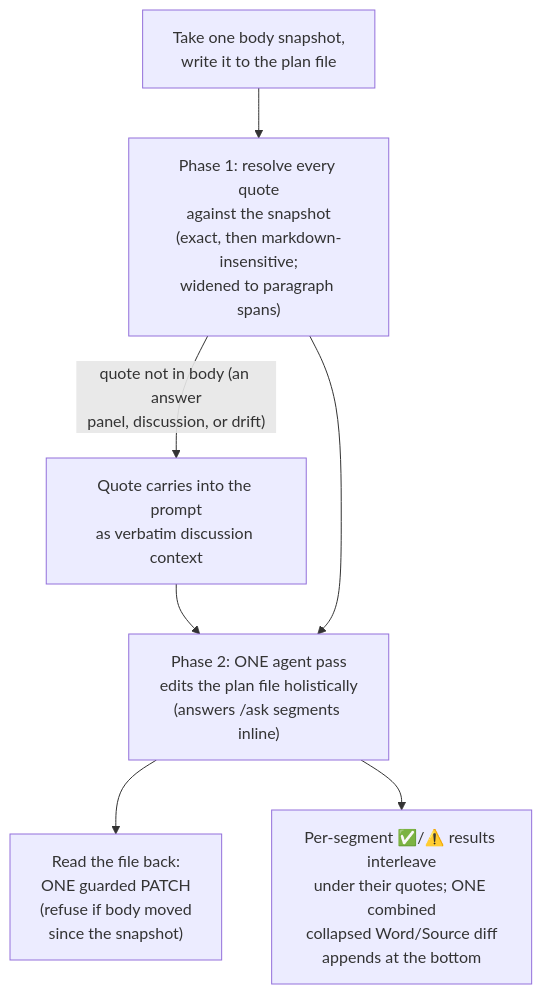
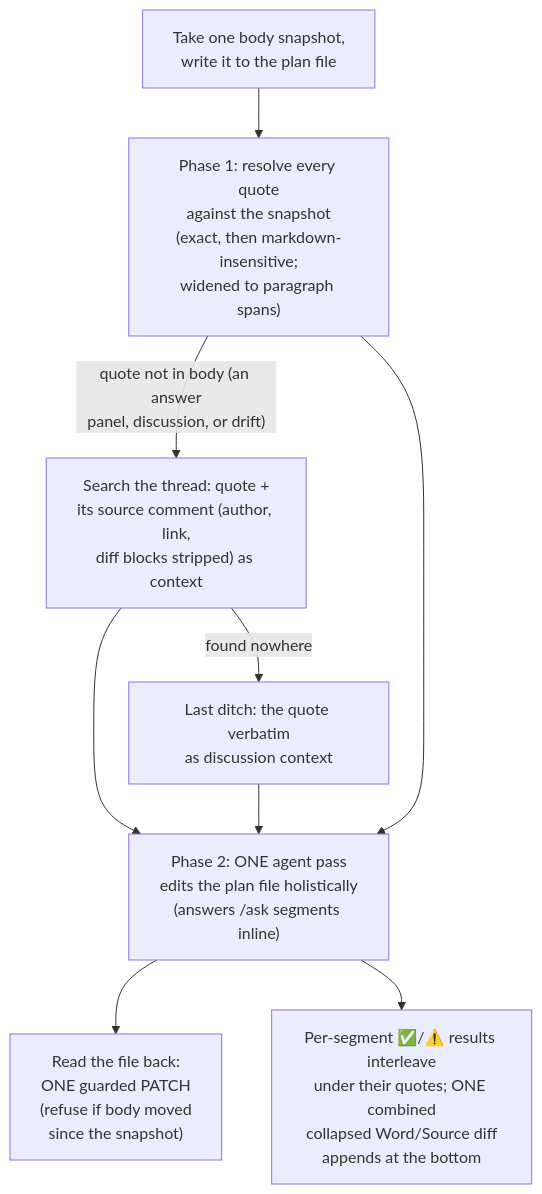
The fourth of 5 diagrams in docs/architecture.md (d3mlabs/ai-flow), drawn with Mermaid before and after one commit. The commit also changed 4 other files, not shown here.

First line of the commit message:
Resolve unmatched quotes to their source comment in the thread

````diff
--- a/docs/architecture.md
+++ b/docs/architecture.md
@@ -151,9 +151,11 @@
 ```mermaid
 flowchart TD
     snapshot["Take one body snapshot,<br/>write it to the plan file"] --> resolve["Phase 1: resolve every quote<br/>against the snapshot<br/>(exact, then markdown-insensitive;<br/>widened to paragraph spans)"]
-    resolve -->|"quote not in body (an answer<br/>panel, discussion, or drift)"| contextQuote["Quote carries into the prompt<br/>as verbatim discussion context"]
+    resolve -->|"quote not in body (an answer<br/>panel, discussion, or drift)"| threadSearch["Search the thread: quote +<br/>its source comment (author, link,<br/>diff blocks stripped) as context"]
+    threadSearch -->|"found nowhere"| contextQuote["Last ditch: the quote verbatim<br/>as discussion context"]
+    threadSearch --> agentPass
     contextQuote --> agentPass
     resolve --> agentPass["Phase 2: ONE agent pass<br/>edits the plan file holistically<br/>(answers /ask segments inline)"]
     agentPass --> patch["Read the file back:<br/>ONE guarded PATCH<br/>(refuse if body moved<br/>since the snapshot)"]
     agentPass --> results["Per-segment ✅/⚠️ results interleave<br/>under their quotes; ONE combined<br/>collapsed Word/Source diff<br/>appends at the bottom"]
 ```
````
